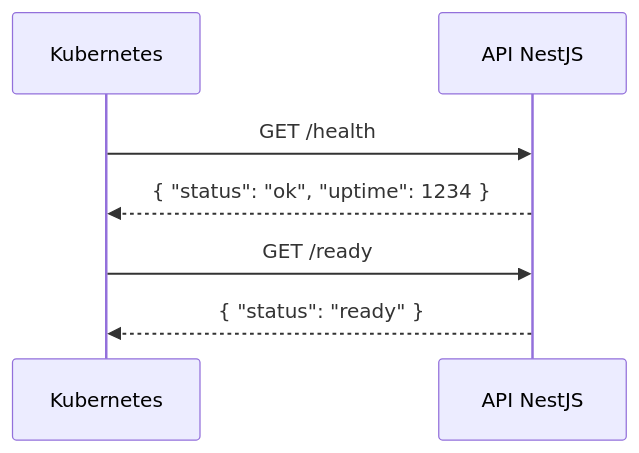
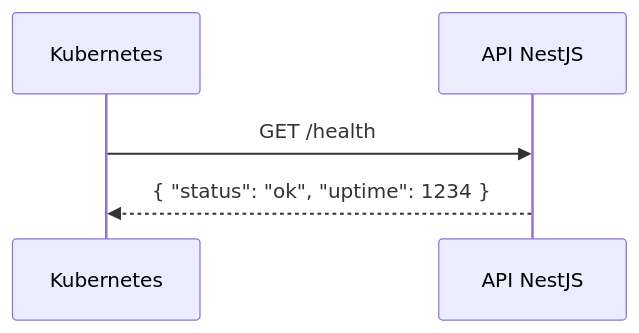
The fifth of 8 diagrams in docs/09-setup-config.md (TROCA-AULA/troca-aula-backend), drawn with Mermaid before and after one commit. The commit also changed other lines of this file and 9 other files, not shown here.

````diff
--- a/docs/09-setup-config.md
+++ b/docs/09-setup-config.md
@@ -301,10 +302,8 @@
 ```mermaid
 sequenceDiagram
     participant K8s as Kubernetes
     participant App as API NestJS
     
     K8s->>App: GET /health
     App-->>K8s: { "status": "ok", "uptime": 1234 }
-    K8s->>App: GET /ready
-    App-->>K8s: { "status": "ready" }
 ```
````
